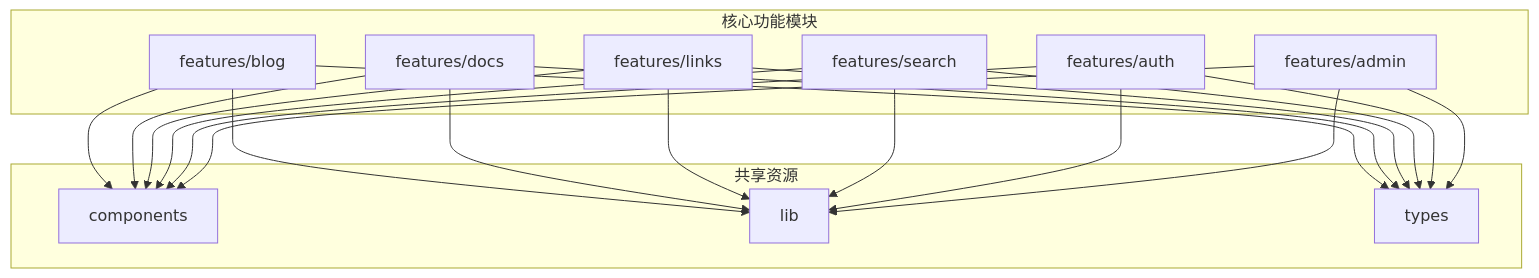
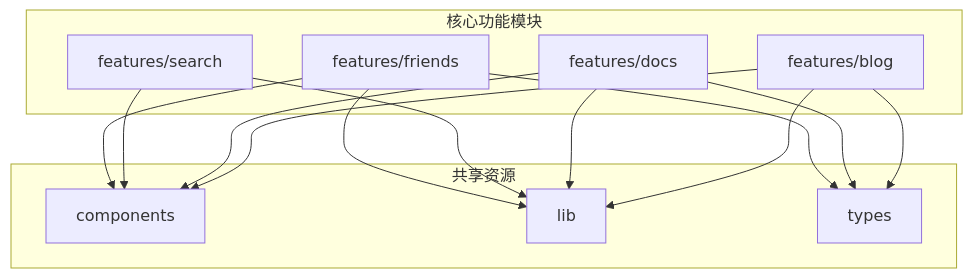
One commit to iflux-art/website changed the sixth of 6 diagrams in src/content/docs/features/index.mdx. Above: the diagram before and after it, drawn with Mermaid. The commit also changed other lines of this file and 319 other files, not shown here.

````diff
--- a/src/content/docs/features/index.mdx
+++ b/src/content/docs/features/index.mdx
@@ -225,34 +222,25 @@
 ```mermaid
 graph TD
 subgraph "核心功能模块"
 A[features/blog]
 B[features/docs]
-C[features/links]
-D[features/search]
-E[features/auth]
-F[features/admin]
+C[features/search]
+D[features/friends]
 end
 subgraph "共享资源"
 G[components]
 H[lib]
 I[types]
 end
 A --> G
 B --> G
 C --> G
 D --> G
-E --> G
-F --> G
 A --> H
 B --> H
 C --> H
 D --> H
-E --> H
-F --> H
 A --> I
 B --> I
-C --> I
 D --> I
-E --> I
-F --> I
 ```
````
